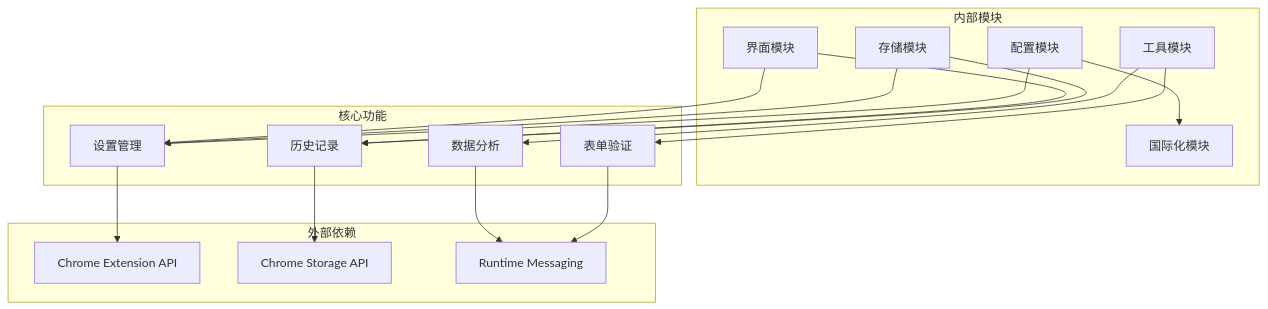
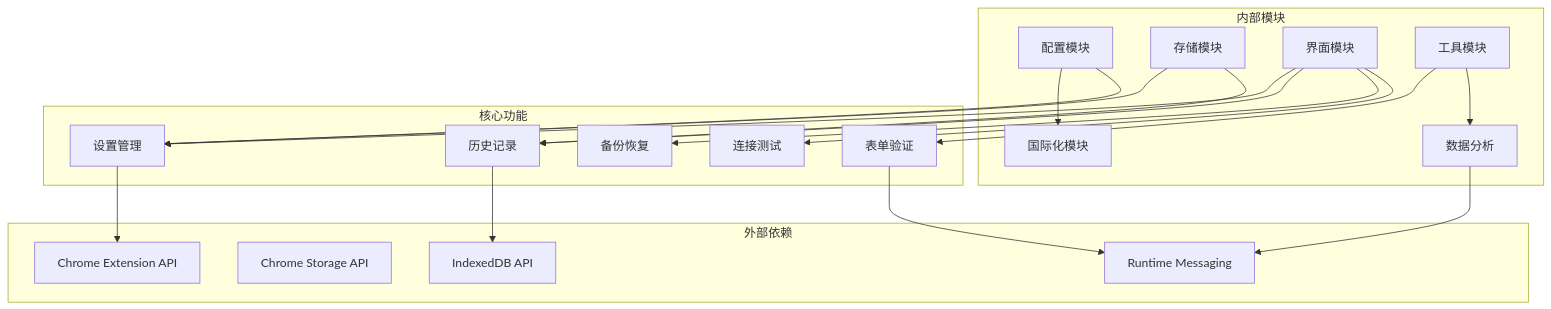
One commit to binasi/Img2Prompt changed the ninth of 9 diagrams in .qoder/repowiki/zh/content/核心功能/用户界面/设置页面.md. Above: the diagram before and after it, drawn with Mermaid. The commit also changed other lines of this file and 7 other files, not shown here.

````diff
--- a/.qoder/repowiki/zh/content/核心功能/用户界面/设置页面.md
+++ b/.qoder/repowiki/zh/content/核心功能/用户界面/设置页面.md
@@ -391,33 +495,38 @@
 ```mermaid
 graph TB
 subgraph "外部依赖"
 Chrome[Chrome Extension API]
 LocalStorage[Chrome Storage API]
 Runtime[Runtime Messaging]
+IndexedDB[IndexedDB API]
 end
 subgraph "内部模块"
 Config[配置模块]
 I18n[国际化模块]
 Storage[存储模块]
 UI[界面模块]
 Utils[工具模块]
+Analytics[数据分析]
 end
 subgraph "核心功能"
 Settings[设置管理]
 History[历史记录]
 Validation[表单验证]
-Analytics[数据分析]
+Backup[备份恢复]
+ConnectionTest[连接测试]
 end
 Config --> I18n
 Config --> Settings
 Storage --> Settings
 Storage --> History
 UI --> Settings
 UI --> History
+UI --> Backup
+UI --> ConnectionTest
 Utils --> Validation
 Utils --> Analytics
 Settings --> Chrome
-History --> LocalStorage
+History --> IndexedDB
 Validation --> Runtime
 Analytics --> Runtime
 ```
````
